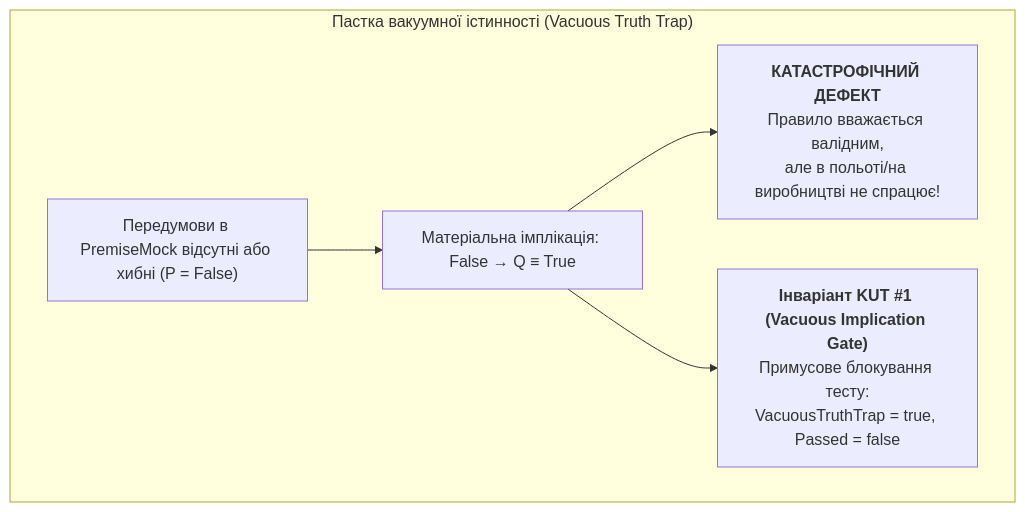
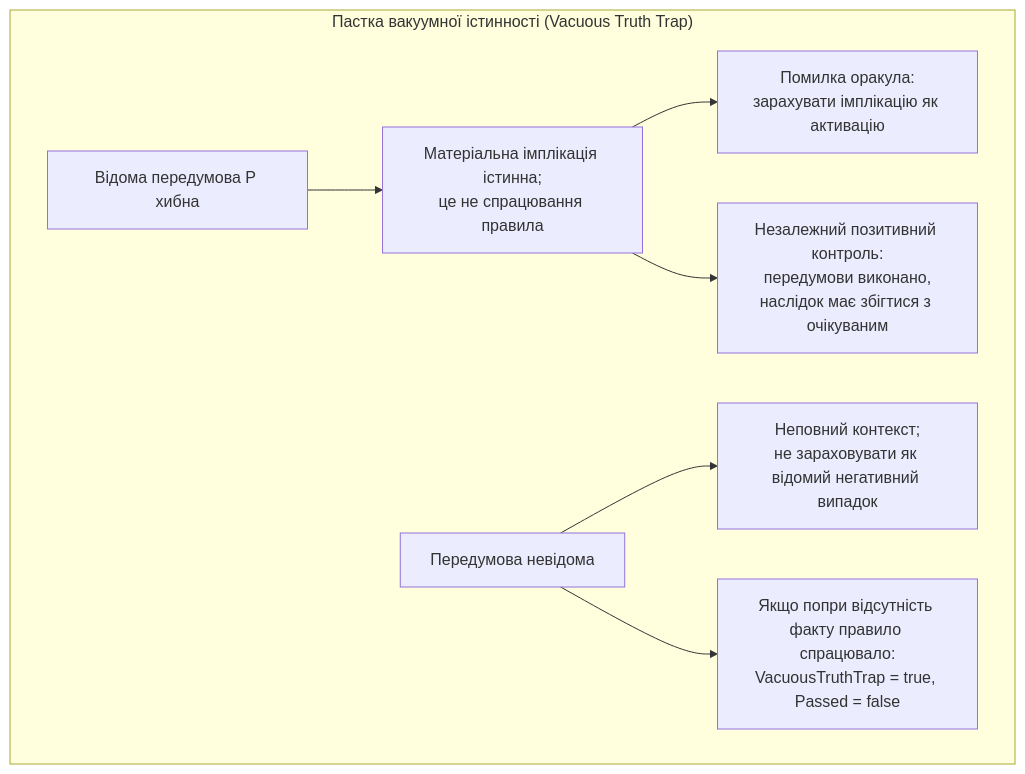
Before and after one commit to nick-fedchik/articles: the third of 9 diagrams in ExpertSystem/ch36-knowledge-testing-pyramid-and-variational-calibration.md, drawn with Mermaid. The commit also changed other lines of this file and 9 other files, not shown here.

````diff
--- a/ExpertSystem/ch36-knowledge-testing-pyramid-and-variational-calibration.md
+++ b/ExpertSystem/ch36-knowledge-testing-pyramid-and-variational-calibration.md
@@ -152,11 +197,13 @@
 ```mermaid
 flowchart TD
     accTitle: Пастка вакуумної істинності (Vacuous Truth Trap)
     accDescr: Схема блокування вакуумної істинності через обов'язкову генерацію активуючих контрприкладів.
 
     subgraph "Пастка вакуумної істинності (Vacuous Truth Trap)"
-        COND["Передумови в PremiseMock відсутні або хибні (P = False)"] --> IMPL["Матеріальна імплікація: False &rarr; Q &equiv; True"]
-        IMPL --> VULN["<b>КАТАСТРОФІЧНИЙ ДЕФЕКТ</b><br/>Правило вважається валідним,<br/>але в польоті/на виробництві не спрацює!"]
-        IMPL --> GATE["<b>Інваріант KUT #1 (Vacuous Implication Gate)</b><br/>Примусове блокування тесту:<br/>VacuousTruthTrap = true, Passed = false"]
+		COND["Відома передумова P хибна"] --> IMPL["Матеріальна імплікація істинна;<br/>це не спрацювання правила"]
+		IMPL --> VULN["Помилка оракула:<br/>зарахувати імплікацію як активацію"]
+		MISSING["Передумова невідома"] --> INCOMPLETE["Неповний контекст;<br/>не зараховувати як відомий негативний випадок"]
+		IMPL --> GATE["Незалежний позитивний контроль:<br/>передумови виконано,<br/>наслідок має збігтися з очікуваним"]
+		MISSING --> FIRED["Якщо попри відсутність факту правило спрацювало:<br/>VacuousTruthTrap = true, Passed = false"]
     end
 ```
````
